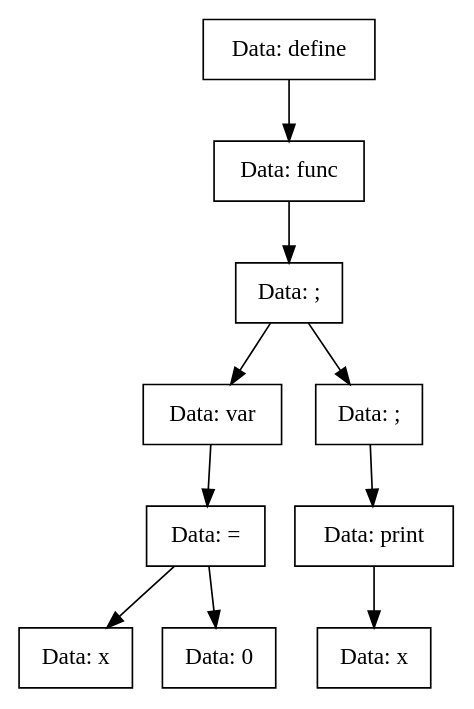
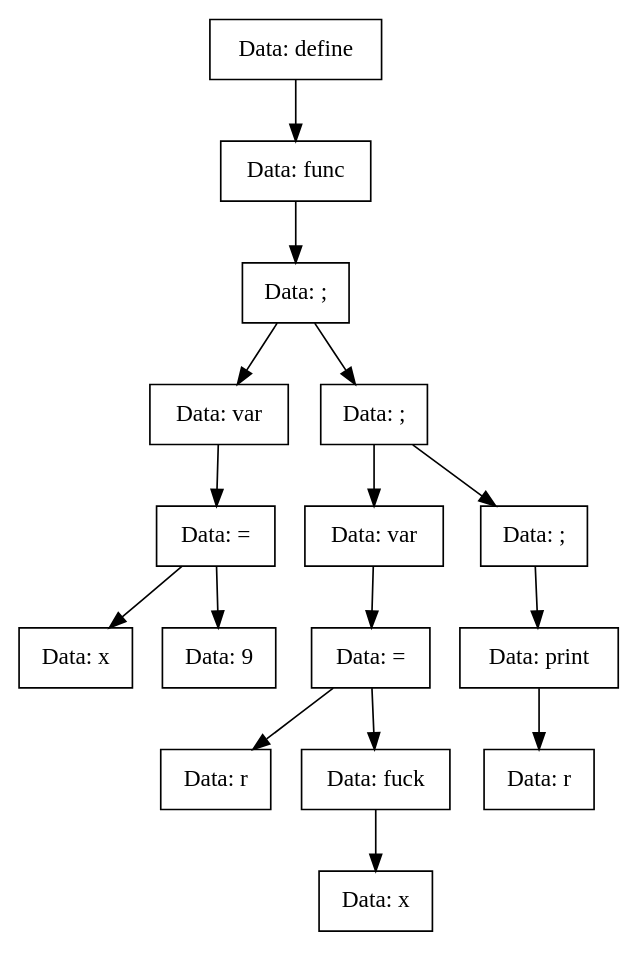
The diagram in TreeDump/func.dot (vorontsov-amd/Compiller), drawn with Graphviz before and after one commit. The commit also changed 11 other files, not shown here.

```diff
--- a/TreeDump/func.dot
+++ b/TreeDump/func.dot
@@ -1,21 +1,33 @@
 digraph func{
-Node0x557f2b9ba890[shape="record", label="Data: define"];
-Node0x557f2b9ba8e0[shape="record", label="Data: func"];
-Node0x557f2b9ba930[shape="record", label="Data: ;"];
-Node0x557f2b9ba750[shape="record", label="Data: var"];
-Node0x557f2b9ba7a0[shape="record", label="Data: ="];
-Node0x557f2b9ba840[shape="record", label="Data: x"];
-Node0x557f2b9ba7a0->Node0x557f2b9ba840;
-Node0x557f2b9ba7f0[shape="record", label="Data: 0"];
-Node0x557f2b9ba7a0->Node0x557f2b9ba7f0;
-Node0x557f2b9ba750->Node0x557f2b9ba7a0;
-Node0x557f2b9ba930->Node0x557f2b9ba750;
-Node0x557f2b9ba660[shape="record", label="Data: ;"];
-Node0x557f2b9ba700[shape="record", label="Data: print"];
-Node0x557f2b9ba6b0[shape="record", label="Data: x"];
-Node0x557f2b9ba700->Node0x557f2b9ba6b0;
-Node0x557f2b9ba660->Node0x557f2b9ba700;
-Node0x557f2b9ba930->Node0x557f2b9ba660;
-Node0x557f2b9ba8e0->Node0x557f2b9ba930;
-Node0x557f2b9ba890->Node0x557f2b9ba8e0;
+Node0x4dca090[shape="record", label="Data: define"];
+Node0x4dca150[shape="record", label="Data: func"];
+Node0x4dca210[shape="record", label="Data: ;"];
+Node0x4dca2d0[shape="record", label="Data: var"];
+Node0x4dca390[shape="record", label="Data: ="];
+Node0x4dca450[shape="record", label="Data: x"];
+Node0x4dca390->Node0x4dca450;
+Node0x4dca510[shape="record", label="Data: 9"];
+Node0x4dca390->Node0x4dca510;
+Node0x4dca2d0->Node0x4dca390;
+Node0x4dca210->Node0x4dca2d0;
+Node0x4dca5d0[shape="record", label="Data: ;"];
+Node0x4dca690[shape="record", label="Data: var"];
+Node0x4dca750[shape="record", label="Data: ="];
+Node0x4dca810[shape="record", label="Data: r"];
+Node0x4dca750->Node0x4dca810;
+Node0x4dca8d0[shape="record", label="Data: fuck"];
+Node0x4dca990[shape="record", label="Data: x"];
+Node0x4dca8d0->Node0x4dca990;
+Node0x4dca750->Node0x4dca8d0;
+Node0x4dca690->Node0x4dca750;
+Node0x4dca5d0->Node0x4dca690;
+Node0x4dcaa50[shape="record", label="Data: ;"];
+Node0x4dcab10[shape="record", label="Data: print"];
+Node0x4dcabd0[shape="record", label="Data: r"];
+Node0x4dcab10->Node0x4dcabd0;
+Node0x4dcaa50->Node0x4dcab10;
+Node0x4dca5d0->Node0x4dcaa50;
+Node0x4dca210->Node0x4dca5d0;
+Node0x4dca150->Node0x4dca210;
+Node0x4dca090->Node0x4dca150;
 }
```
